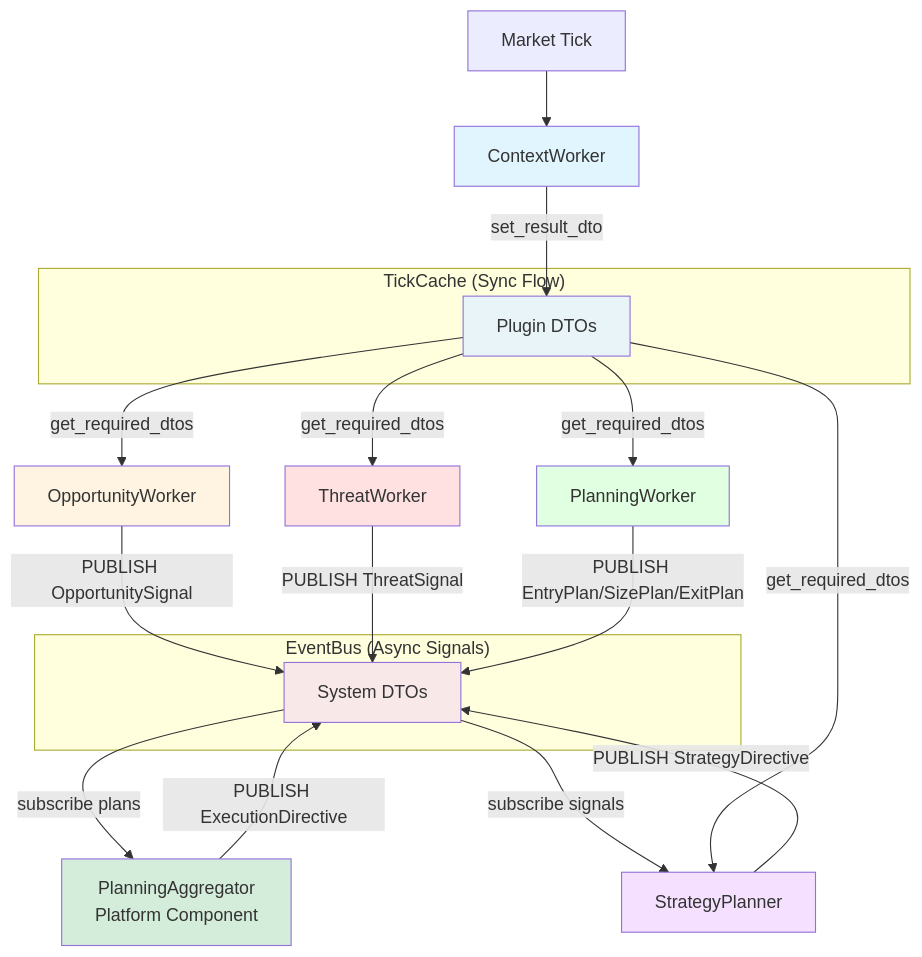
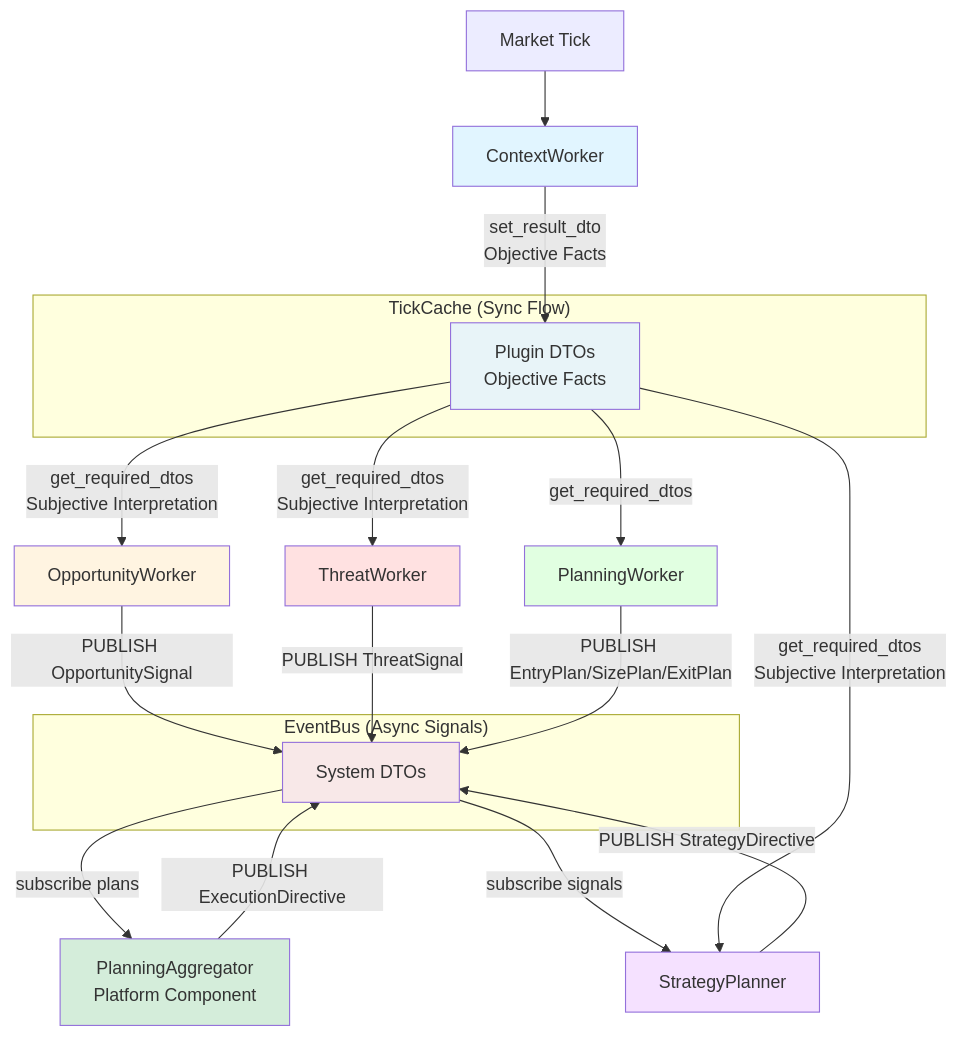
One commit to MikeyVK/S1mpleTraderV3 changed the diagram in docs/architecture/WORKER_TAXONOMY.md. Above: the diagram before and after it, drawn with Mermaid. The commit also changed other lines of this file and 18 other files, not shown here.

First line of the commit message:
docs: implement Quant Leap architecture - objective data philosophy

````diff
--- a/docs/architecture/WORKER_TAXONOMY.md
+++ b/docs/architecture/WORKER_TAXONOMY.md
@@ -12,46 +12,46 @@
 ```mermaid
 graph TB
     Tick[Market Tick]
     
     subgraph TickCache["TickCache (Sync Flow)"]
-        TC[Plugin DTOs]
+        TC[Plugin DTOs<br/>Objective Facts]
     end
     
     subgraph EventBus["EventBus (Async Signals)"]
         EB[System DTOs]
     end
     
     CW[ContextWorker]
     OW[OpportunityWorker]
     TW[ThreatWorker]
     PW[PlanningWorker]
     PA[PlanningAggregator<br/>Platform Component]
     SP[StrategyPlanner]
     
     Tick --> CW
-    CW -->|set_result_dto| TC
+    CW -->|set_result_dto<br/>Objective Facts| TC
     
-    TC -->|get_required_dtos| OW
-    TC -->|get_required_dtos| TW
+    TC -->|get_required_dtos<br/>Subjective Interpretation| OW
+    TC -->|get_required_dtos<br/>Subjective Interpretation| TW
     TC -->|get_required_dtos| PW
     
     OW -->|PUBLISH OpportunitySignal| EB
     TW -->|PUBLISH ThreatSignal| EB
     PW -->|PUBLISH EntryPlan/SizePlan/ExitPlan| EB
     
     EB -->|subscribe plans| PA
     PA -->|PUBLISH ExecutionDirective| EB
     
     EB -->|subscribe signals| SP
-    TC -->|get_required_dtos| SP
+    TC -->|get_required_dtos<br/>Subjective Interpretation| SP
     SP -->|PUBLISH StrategyDirective| EB
     
     style CW fill:#e1f5ff
     style OW fill:#fff4e1
     style TW fill:#ffe1e1
     style PW fill:#e1ffe1
     style PA fill:#d4edda
     style SP fill:#f5e1ff
     style TC fill:#e8f4f8
     style EB fill:#f8e8e8
 ```
````
